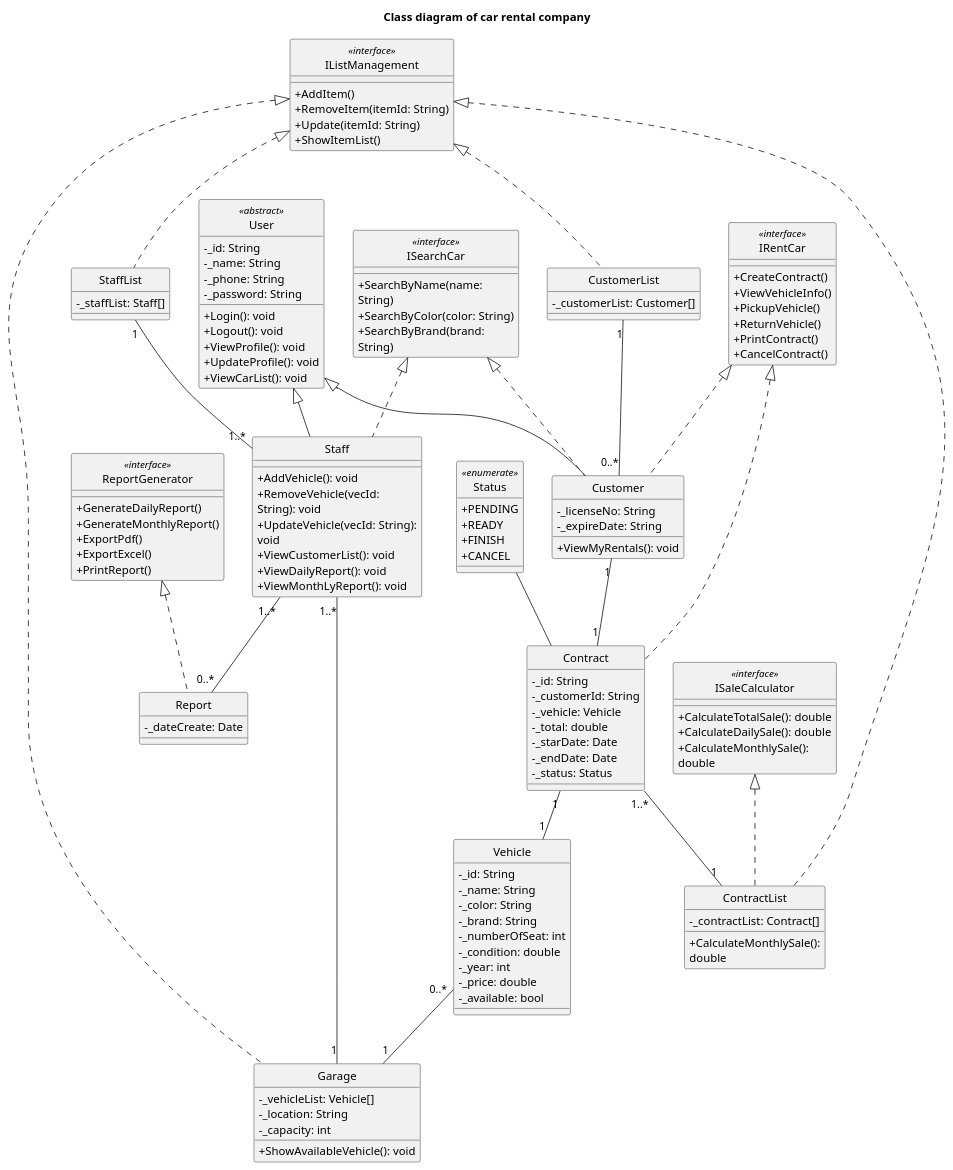
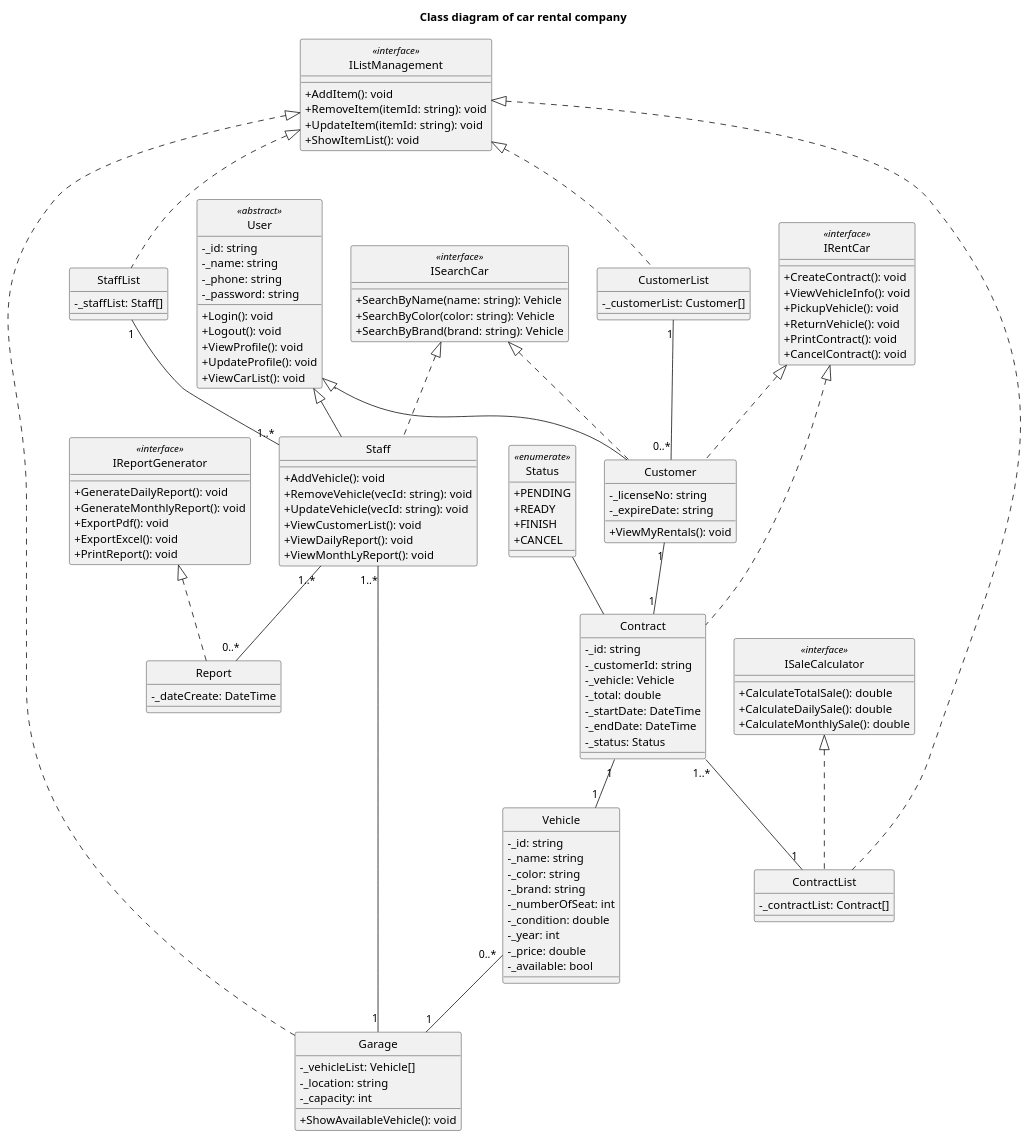
Before and after one commit to binhtran432k/Lab_OOP-L01-Bida: the diagram in ClassDiagramCarRental.plantuml, drawn with PlantUML. The commit also changed 21 other files, not shown here.

Commit message:
Update method type of class-diagram and add Class Initial of Project

```diff
--- a/ClassDiagramCarRental.plantuml
+++ b/ClassDiagramCarRental.plantuml
@@ -1,171 +1,170 @@
 @startuml class-diagram-car-rental-company
 title Class diagram of car rental company
 skinparam ClassAttributeIconSize 0
-skinparam WrapWidth 200
+'skinparam WrapWidth 200
 hide circle
 skinparam Monochrome true
 
 Class User <<abstract>> {
-    - _id: String
-    - _name: String
-    - _phone: String
-    - _password: String
+    - _id: string
+    - _name: string
+    - _phone: string
+    - _password: string
     + Login(): void
     + Logout(): void
     + ViewProfile(): void
     + UpdateProfile(): void
     + ViewCarList(): void
 }
 
 Class Customer {
-    - _licenseNo: String
-    - _expireDate: String
+    - _licenseNo: string
+    - _expireDate: string
     + ViewMyRentals(): void
 }
 
 Class Staff {
     + AddVehicle(): void
-    + RemoveVehicle(vecId: String): void
-    + UpdateVehicle(vecId: String): void
+    + RemoveVehicle(vecId: string): void
+    + UpdateVehicle(vecId: string): void
     + ViewCustomerList(): void
     + ViewDailyReport(): void
     + ViewMonthLyReport(): void
 }
 
 Class Report {
-    - _dateCreate: Date
+    - _dateCreate: DateTime
 }
 
 Class StaffList {
     - _staffList: Staff[]
 }
 
 Class CustomerList {
     - _customerList: Customer[]
 }
 
 Class Contract {
-    - _id: String
-    - _customerId: String
+    - _id: string
+    - _customerId: string
     - _vehicle: Vehicle
     - _total: double
-    - _starDate: Date
-    - _endDate: Date
+    - _startDate: DateTime
+    - _endDate: DateTime
     - _status: Status
 }
 
 Class ContractList {
     - _contractList: Contract[]
-    + CalculateMonthlySale(): double
 }
 
 Class Vehicle {
-    - _id: String
-    - _name: String
-    - _color: String
-    - _brand: String
+    - _id: string
+    - _name: string
+    - _color: string
+    - _brand: string
     - _numberOfSeat: int
     - _condition: double
     - _year: int
     - _price: double
     - _available: bool
 }
 
 Class Garage {
     - _vehicleList: Vehicle[]
-    - _location: String
+    - _location: string
     - _capacity: int
     + ShowAvailableVehicle(): void
 }
 
 
 Class IListManagement <<interface>>{
-    + AddItem()
-    + RemoveItem(itemId: String)
-    + Update(itemId: String)
-    + ShowItemList()
+    + AddItem(): void
+    + RemoveItem(itemId: string): void
+    + UpdateItem(itemId: string): void
+    + ShowItemList(): void
 }
 
-Class ReportGenerator <<interface>> {
-    + GenerateDailyReport()
-    + GenerateMonthlyReport()
-    + ExportPdf()
-    + ExportExcel()
-    + PrintReport()
+Class IReportGenerator <<interface>> {
+    + GenerateDailyReport(): void
+    + GenerateMonthlyReport(): void
+    + ExportPdf(): void
+    + ExportExcel(): void
+    + PrintReport(): void
 }
 
 Class ISearchCar <<interface>> {
-    + SearchByName(name: String)
-    + SearchByColor(color: String)
-    + SearchByBrand(brand: String)
+    + SearchByName(name: string): Vehicle
+    + SearchByColor(color: string): Vehicle
+    + SearchByBrand(brand: string): Vehicle
 }
 
 Class IRentCar <<interface>> {
-    + CreateContract()
-    + ViewVehicleInfo()
-    + PickupVehicle()
-    + ReturnVehicle()
-    + PrintContract()
-    + CancelContract()
+    + CreateContract(): void
+    + ViewVehicleInfo(): void
+    + PickupVehicle(): void
+    + ReturnVehicle(): void
+    + PrintContract(): void
+    + CancelContract(): void
 }
 
 Class ISaleCalculator <<interface>> {
     + CalculateTotalSale(): double
     + CalculateDailySale(): double
     + CalculateMonthlySale(): double
 }
 
 Class Status <<enumerate>> {
     + PENDING
     + READY
     + FINISH
     + CANCEL
 }
 
 'BEGIN: CLASS RELATION
 User <|-- Customer
 User <|-- Staff
 
 StaffList "1" -- "1..*" Staff
 
 CustomerList "1" -- "0..*" Customer
 
 'Customer-CustomerList
 Customer "1" -- "1" Contract
 
 'Staff-StaffList
 Staff "1..*" -- "0..*" Report
 Staff "1..*" -- "1" Garage
 
 'Report-Staff
 
 'Contract-Customer
 Contract "1" -- "1" Vehicle
 Contract "1..*" -- "1" ContractList
 
 'Vehicle-Contract
 Vehicle "0..*" -- "1" Garage
 
 'Garage-Vehicle
 
 'ContractList-Contract
 
 IListManagement <|.. CustomerList
 IListManagement <|.. ContractList
 IListManagement <|.. StaffList
 IListManagement <|.. Garage
 
-ReportGenerator <|.. Report
+IReportGenerator <|.. Report
 
 ISearchCar <|.. Staff
 ISearchCar <|.. Customer
 
 IRentCar <|.. Customer
 IRentCar <|.. Contract
 
 ISaleCalculator <|.. ContractList
 
 Status -- Contract
 'END: CLASS RELATION
 
 @enduml
```
